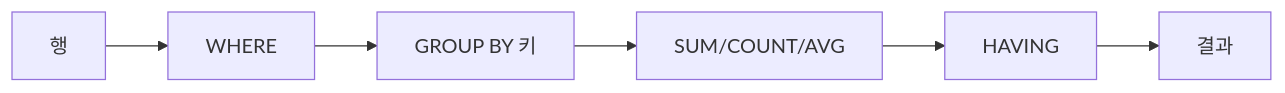
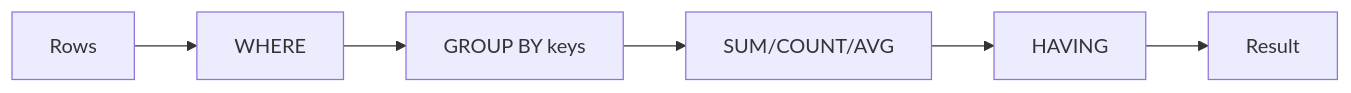
Before and after one commit to yeongseon-books/book-content: the diagram in content/sql-101/ko/05-group-by-and-aggregate.md, drawn with Mermaid. The commit also changed other lines of this file and 9 other files, not shown here.

````diff
--- a/content/sql-101/ko/05-group-by-and-aggregate.md
+++ b/content/sql-101/ko/05-group-by-and-aggregate.md
@@ -35,8 +47,8 @@
 ```mermaid
 flowchart LR
-    Rows["행"] --> Where["WHERE"]
-    Where --> Group["GROUP BY 키"]
+    Rows["Rows"] --> Where["WHERE"]
+    Where --> Group["GROUP BY keys"]
     Group --> Agg["SUM/COUNT/AVG"]
     Agg --> Having["HAVING"]
-    Having --> Out["결과"]
+    Having --> Out["Result"]
 ```
````
